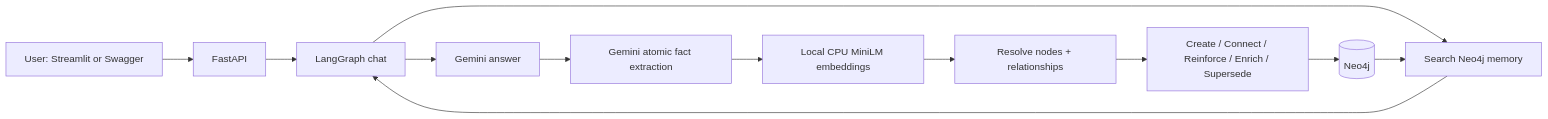
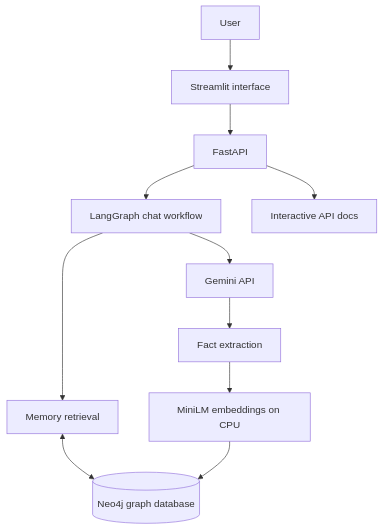
Before and after one commit to Srushtinarwade/Agentic-AI-Memory-System: the diagram in README.md, drawn with Mermaid. The commit also changed other lines of this file, not shown here.

Commit message:
Update README with project architecture and setup guide

````diff
--- a/README.md
+++ b/README.md
@@ -27,14 +15,13 @@
 ```mermaid
-flowchart LR
-    A[User: Streamlit or Swagger] --> B[FastAPI]
-    B --> C[LangGraph chat]
-    C --> D[Search Neo4j memory]
-    D --> C
-    C --> E[Gemini answer]
-    E --> F[Gemini atomic fact extraction]
-    F --> G[Local CPU MiniLM embeddings]
-    G --> H[Resolve nodes + relationships]
-    H --> I[Create / Connect / Reinforce / Enrich / Supersede]
-    I --> J[(Neo4j)]
-    J --> D
+flowchart TD
+    U[User] --> UI[Streamlit interface]
+    UI --> API[FastAPI]
+    API --> A[LangGraph chat workflow]
+    A --> R[Memory retrieval]
+    R <--> N[(Neo4j graph database)]
+    A --> G[Gemini API]
+    G --> E[Fact extraction]
+    E --> M[MiniLM embeddings on CPU]
+    M --> N
+    API --> DOCS[Interactive API docs]
 ```
````
